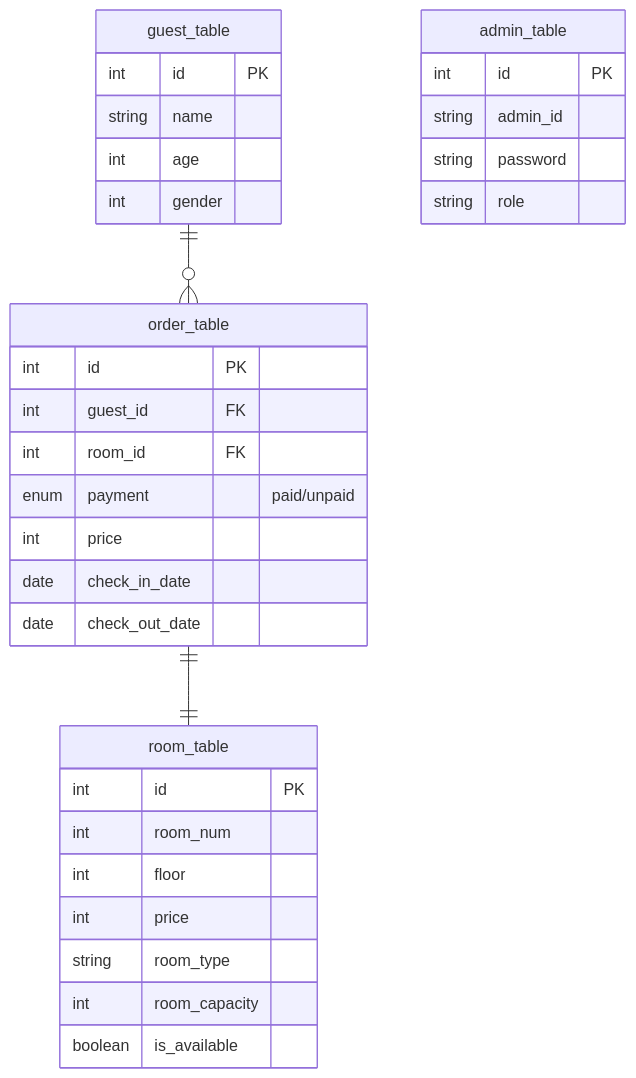
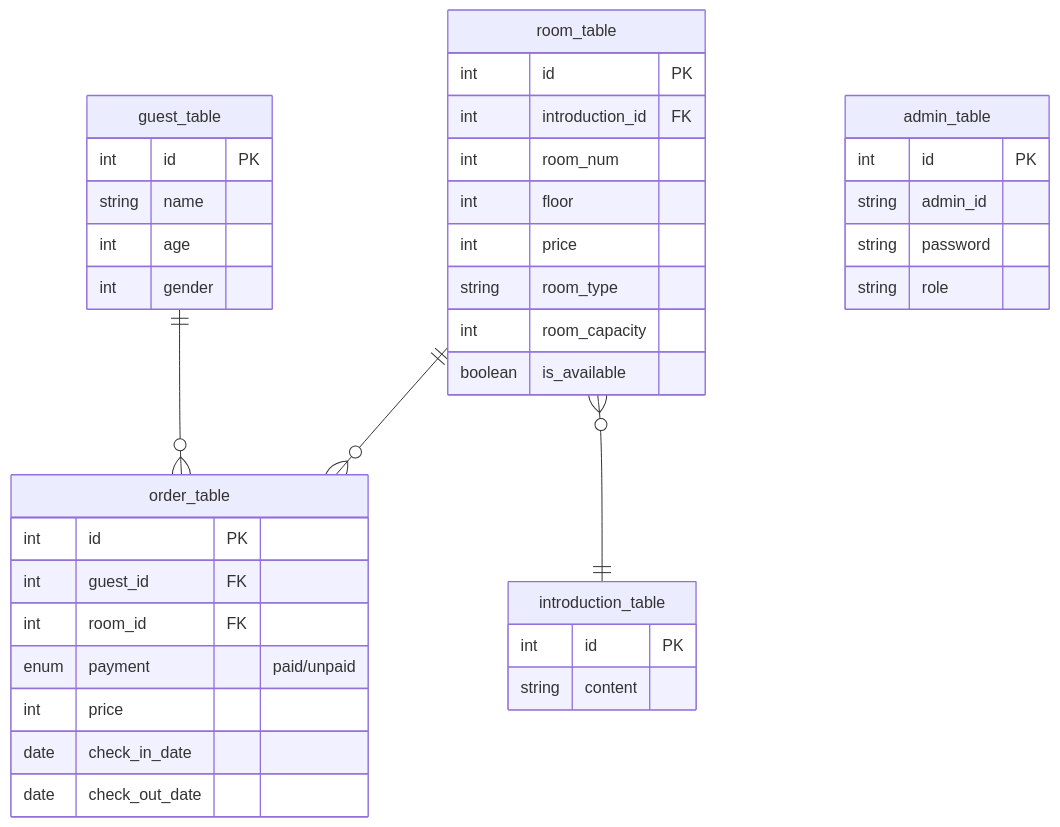
Before and after one commit to ryoshumei/HotelBookingWeb: the diagram in README.md, drawn with Mermaid. The commit also changed 11 other files, not shown here.

Commit message:
added introduction_table

````diff
--- a/README.md
+++ b/README.md
@@ -72,35 +72,41 @@
 ```mermaid
 erDiagram
     guest_table ||--o{ order_table : ""
-    order_table ||--|| room_table : ""
+    room_table ||--o{  order_table : ""
+    room_table o{--|| introduction_table : ""
     guest_table {
         int id PK
         string name
         int age
         int gender
     }
     order_table{
         int id PK
         int guest_id FK
         int room_id FK
         enum payment "paid/unpaid"
         int price
         date check_in_date
         date check_out_date
     }
     room_table {
         int id PK
+        int introduction_id FK
         int room_num
         int floor
         int price
         string room_type
         int room_capacity
         boolean is_available
+    }
+    introduction_table{
+        int id PK
+        string content
     }
     admin_table {
         int id PK
         string admin_id
         string password
         string role
     }
 ```
````
